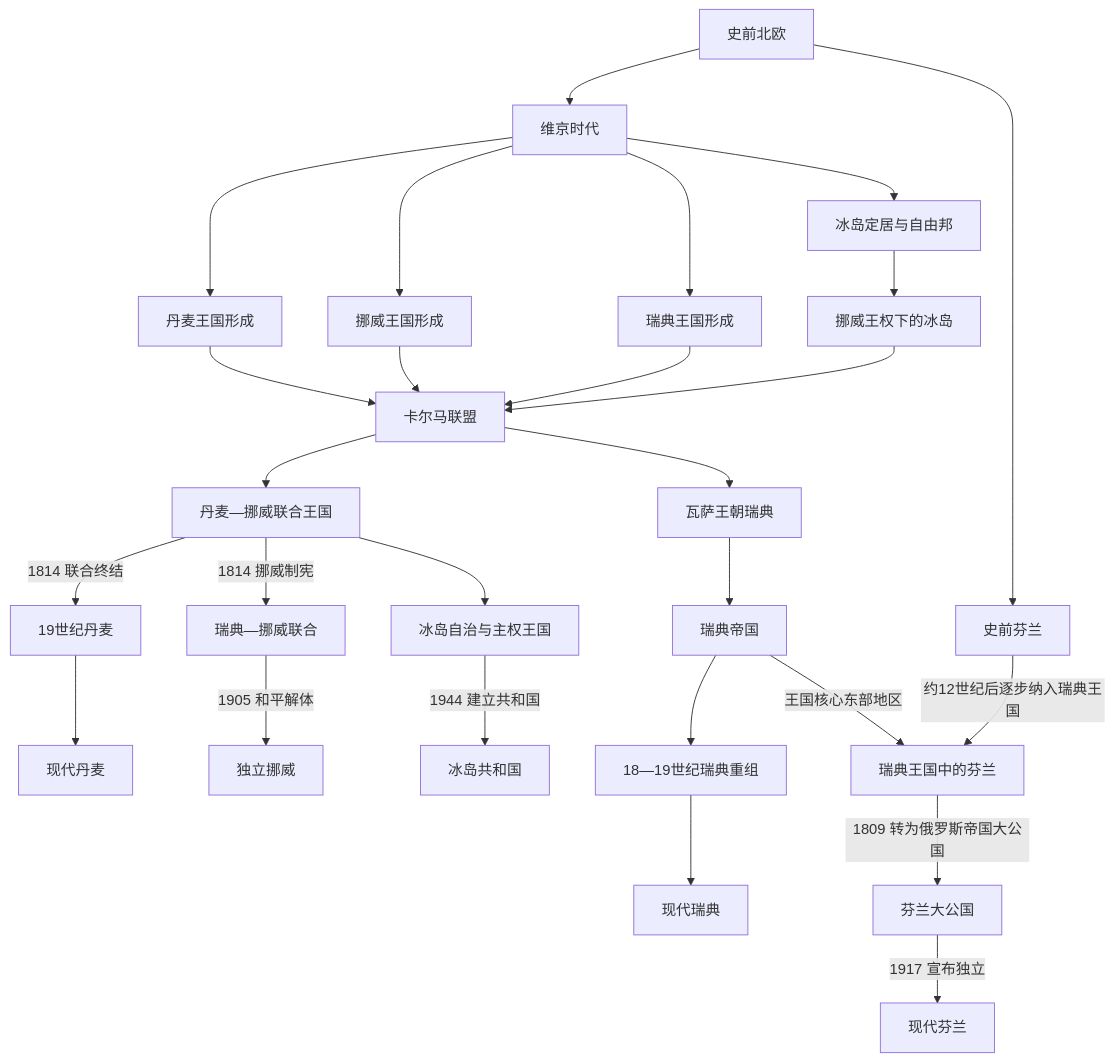
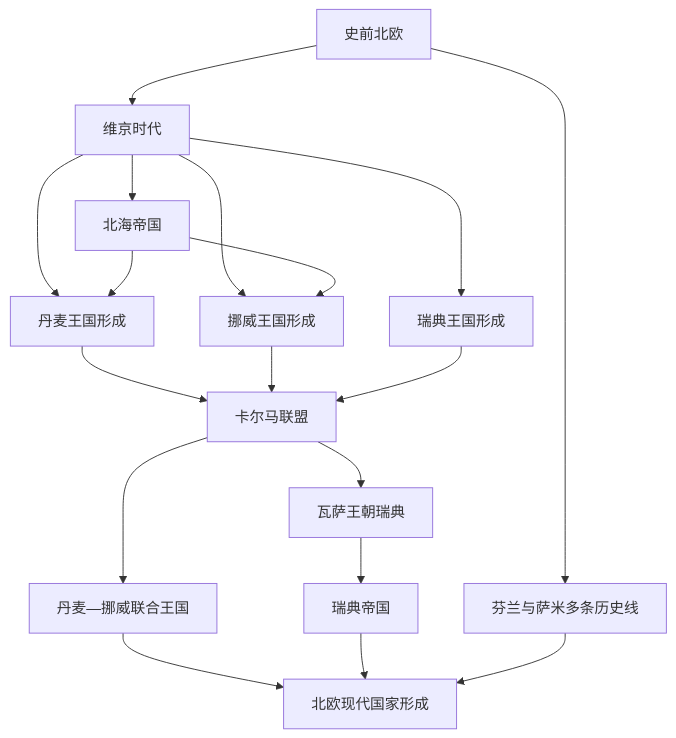
The diagram in 人文科学/历史/欧洲/北欧/README.md (tianlan-dev/learning-notes), drawn with Mermaid before and after one commit. The commit also changed other lines of this file and 1417 other files, not shown here.

````diff
--- a/人文科学/历史/欧洲/北欧/README.md
+++ b/人文科学/历史/欧洲/北欧/README.md
@@ -15,33 +15,20 @@
 ```mermaid
 flowchart TD
     Pre["史前北欧"] --> Viking["维京时代"]
+    Viking --> NorthSea["北海帝国"]
     Viking --> DenmarkKingdom["丹麦王国形成"]
     Viking --> NorwayKingdom["挪威王国形成"]
     Viking --> SwedenKingdom["瑞典王国形成"]
-    Viking --> IcelandSettlement["冰岛定居与自由邦"]
-
+    NorthSea --> DenmarkKingdom
+    NorthSea --> NorwayKingdom
     DenmarkKingdom --> Kalmar["卡尔马联盟"]
     NorwayKingdom --> Kalmar
     SwedenKingdom --> Kalmar
-    IcelandSettlement --> NorwayRule["挪威王权下的冰岛"]
-    NorwayRule --> Kalmar
-
     Kalmar --> DenmarkNorway["丹麦—挪威联合王国"]
-    Kalmar --> SwedenVasa["瓦萨王朝瑞典"]
-    SwedenVasa --> SwedenEmpire["瑞典帝国"]
-
-    DenmarkNorway -->|1814 联合终结| Denmark19["19世纪丹麦"]
-    DenmarkNorway -->|1814 挪威制宪| NorwayUnion["瑞典—挪威联合"]
-    DenmarkNorway --> IcelandAutonomy["冰岛自治与主权王国"]
-    NorwayUnion -->|1905 和平解体| NorwayModern["独立挪威"]
-    IcelandAutonomy -->|1944 建立共和国| IcelandModern["冰岛共和国"]
-    Denmark19 --> DenmarkModern["现代丹麦"]
-
-    SwedenEmpire --> SwedenReorder["18—19世纪瑞典重组"]
-    SwedenReorder --> SwedenModern["现代瑞典"]
-    Pre --> FinlandPre["史前芬兰"]
-    FinlandPre -->|约12世纪后逐步纳入瑞典王国| SwedenFinland["瑞典王国中的芬兰"]
-    SwedenEmpire -->|王国核心东部地区| SwedenFinland
-    SwedenFinland -->|1809 转为俄罗斯帝国大公国| FinlandDuchy["芬兰大公国"]
-    FinlandDuchy -->|1917 宣布独立| FinlandModern["现代芬兰"]
+    Kalmar --> VasaSweden["瓦萨王朝瑞典"]
+    VasaSweden --> SwedenEmpire["瑞典帝国"]
+    DenmarkNorway --> Modern["北欧现代国家形成"]
+    SwedenEmpire --> Modern
+    Pre --> FinlandSami["芬兰与萨米多条历史线"]
+    FinlandSami --> Modern
 ```
````
